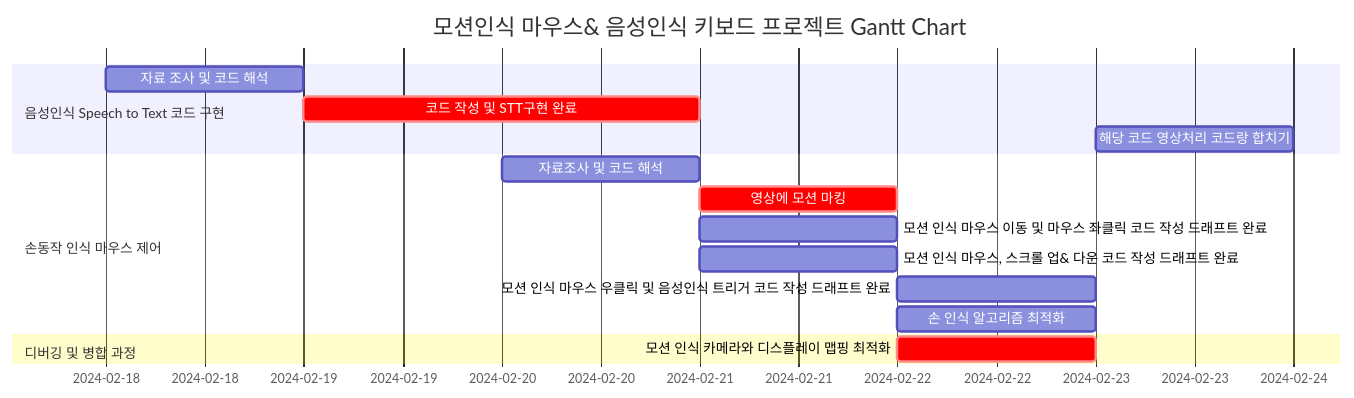
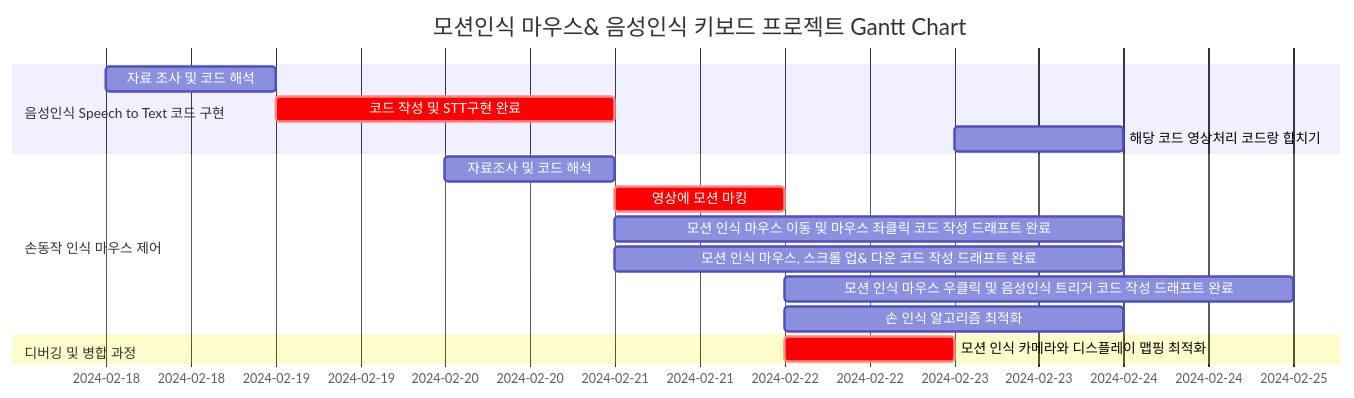
The diagram in README.md (CodeMystero/motionKeyboardMouse), drawn with Mermaid before and after one commit.

````diff
--- a/README.md
+++ b/README.md
@@ -58,21 +58,21 @@
 ```mermaid
 gantt
     dateFormat  MM-DD-YYYY
     title       모션인식 마우스& 음성인식 키보드 프로젝트 Gantt Chart
 	
 	section 음성인식 Speech to Text 코드 구현
 		자료 조사 및 코드 해석 :2024-02-18, 1d
                 코드 작성 및 STT구현 완료  :crit, 2024-02-19, 2d
 		해당 코드 영상처리 코드랑 합치기 :2024-02-23, 1d
 	
 	section 손동작 인식 마우스 제어
 		자료조사 및 코드 해석	: 2024-02-20, 1d
 		영상에 모션 마킹  :crit, 2024-02-21, 1d
-		모션 인식 마우스 이동 및 마우스 좌클릭 코드 작성 드래프트 완료 : 2024-02-21, 1d
-		모션 인식 마우스, 스크롤 업& 다운 코드 작성 드래프트 완료 : 2024-02-21, 1d
-		모션 인식 마우스 우클릭 및 음성인식 트리거 코드 작성 드래프트 완료 : 2024-02-22, 1d
-		손 인식 알고리즘 최적화 : 2024-02-22, 1d
+		모션 인식 마우스 이동 및 마우스 좌클릭 코드 작성 드래프트 완료 : 2024-02-21, 3d
+		모션 인식 마우스, 스크롤 업& 다운 코드 작성 드래프트 완료 : 2024-02-21, 3d
+		모션 인식 마우스 우클릭 및 음성인식 트리거 코드 작성 드래프트 완료 : 2024-02-22, 3d
+		손 인식 알고리즘 최적화 : 2024-02-22, 2d
 
 	section 디버깅 및 병합 과정
 		모션 인식 카메라와 디스플레이 맵핑 최적화 : crit, 2024-02-22, 1d
 ```
````
